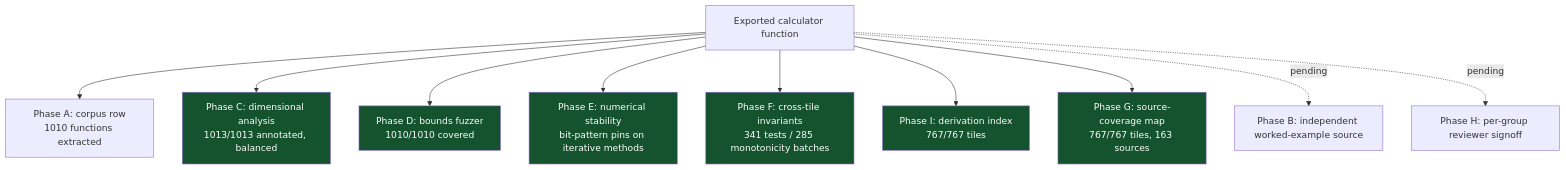
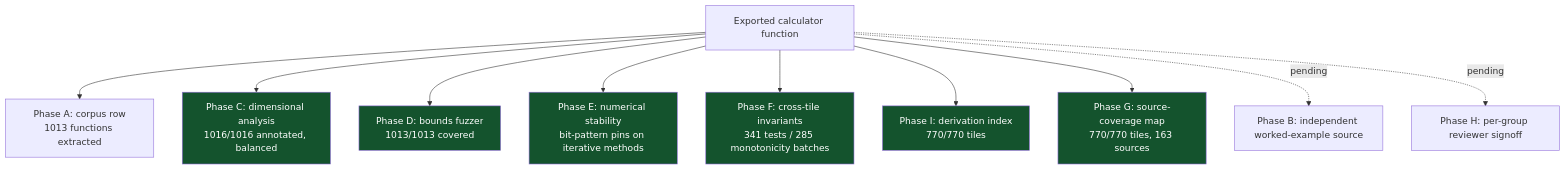
One commit to clay-good/roughlogic.com changed the sixth of 8 diagrams in README.md. Above: the diagram before and after it, drawn with Mermaid. The commit also changed other lines of this file and 19 other files, not shown here.

````diff
--- a/README.md
+++ b/README.md
@@ -519,18 +519,18 @@
 ```mermaid
 flowchart TB
-    F[Exported calculator function] --> A[Phase A: corpus row\n1010 functions extracted]
-    F --> C[Phase C: dimensional analysis\n1013/1013 annotated, balanced]
-    F --> D[Phase D: bounds fuzzer\n1010/1010 covered]
+    F[Exported calculator function] --> A[Phase A: corpus row\n1013 functions extracted]
+    F --> C[Phase C: dimensional analysis\n1016/1016 annotated, balanced]
+    F --> D[Phase D: bounds fuzzer\n1013/1013 covered]
     F --> E[Phase E: numerical stability\nbit-pattern pins on iterative methods]
     F --> Fa[Phase F: cross-tile invariants\n341 tests / 285 monotonicity batches]
-    F --> I[Phase I: derivation index\n767/767 tiles]
-    F --> G[Phase G: source-coverage map\n767/767 tiles, 163 sources]
+    F --> I[Phase I: derivation index\n770/770 tiles]
+    F --> G[Phase G: source-coverage map\n770/770 tiles, 163 sources]
     F -.pending.-> B[Phase B: independent worked-example source]
     F -.pending.-> H[Phase H: per-group reviewer signoff]
     style C fill:#14532d,color:#fff
     style D fill:#14532d,color:#fff
     style E fill:#14532d,color:#fff
     style Fa fill:#14532d,color:#fff
     style G fill:#14532d,color:#fff
     style I fill:#14532d,color:#fff
 ```
````
